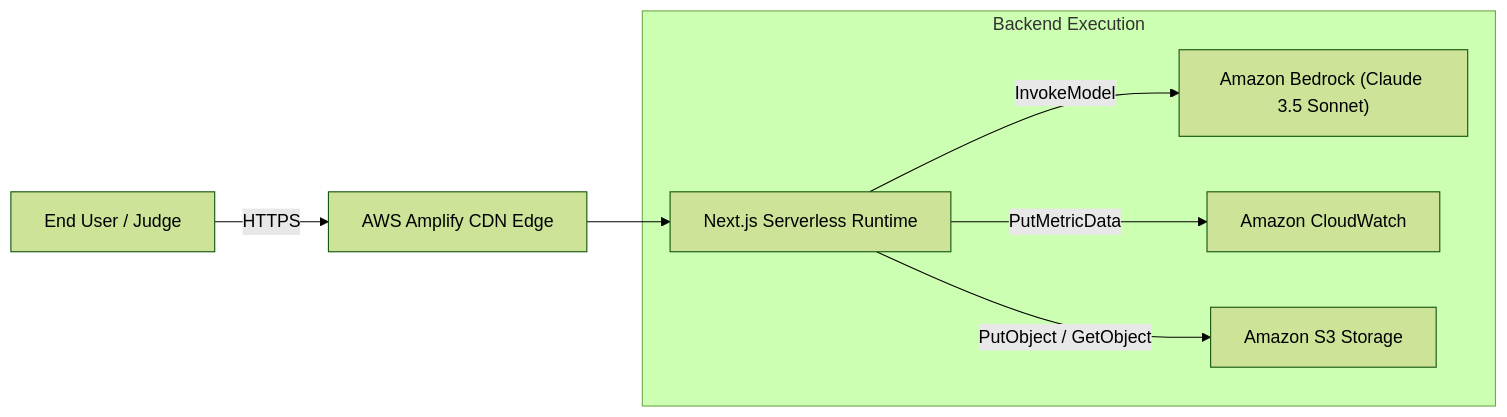
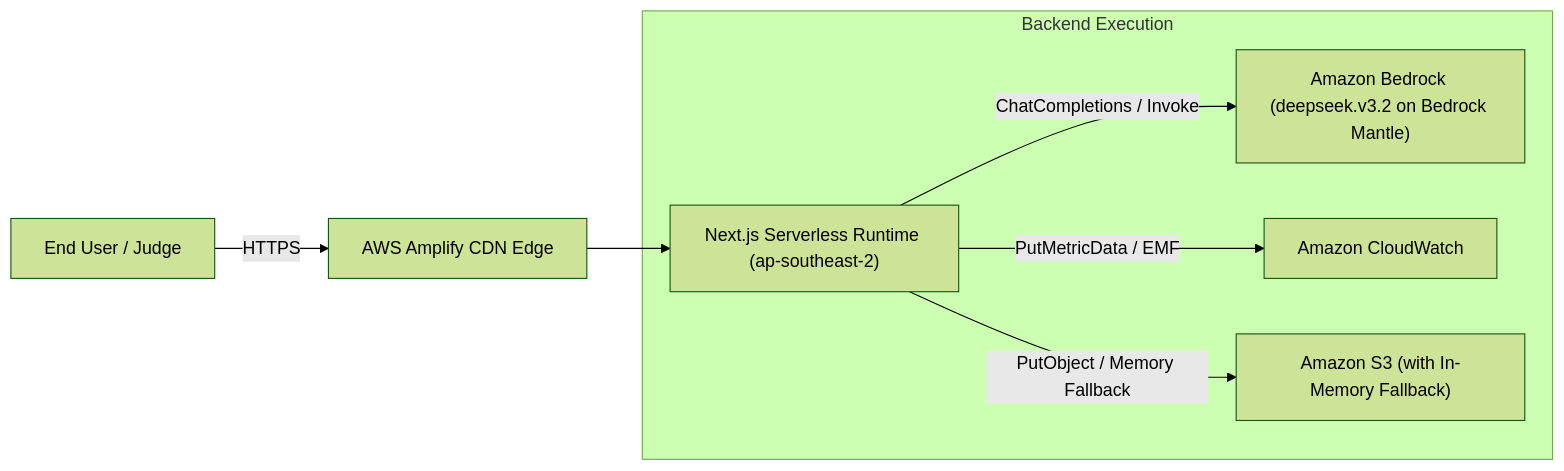
The diagram in docs/09_AWS_ARCHITECTURE.md (dippus/sheetbrain-ai), drawn with Mermaid (forest theme) before and after one commit. The commit also changed other lines of this file and 13 other files, not shown here.

````diff
--- a/docs/09_AWS_ARCHITECTURE.md
+++ b/docs/09_AWS_ARCHITECTURE.md
@@ -21,11 +21,11 @@
 ```mermaid
 flowchart LR
     User["End User / Judge"] -->|HTTPS| CDN["AWS Amplify CDN Edge"]
-    CDN --> NextApp["Next.js Serverless Runtime"]
+    CDN --> NextApp["Next.js Serverless Runtime (ap-southeast-2)"]
     
     subgraph "Backend Execution"
-        NextApp -->|InvokeModel| Bedrock["Amazon Bedrock (Claude 3.5 Sonnet)"]
-        NextApp -->|PutMetricData| CloudWatch["Amazon CloudWatch"]
-        NextApp -->|PutObject / GetObject| S3["Amazon S3 Storage"]
+        NextApp -->|ChatCompletions / Invoke| Bedrock["Amazon Bedrock (deepseek.v3.2 on Bedrock Mantle)"]
+        NextApp -->|PutMetricData / EMF| CloudWatch["Amazon CloudWatch"]
+        NextApp -->|PutObject / Memory Fallback| S3["Amazon S3 (with In-Memory Fallback)"]
     end
 ```
````
